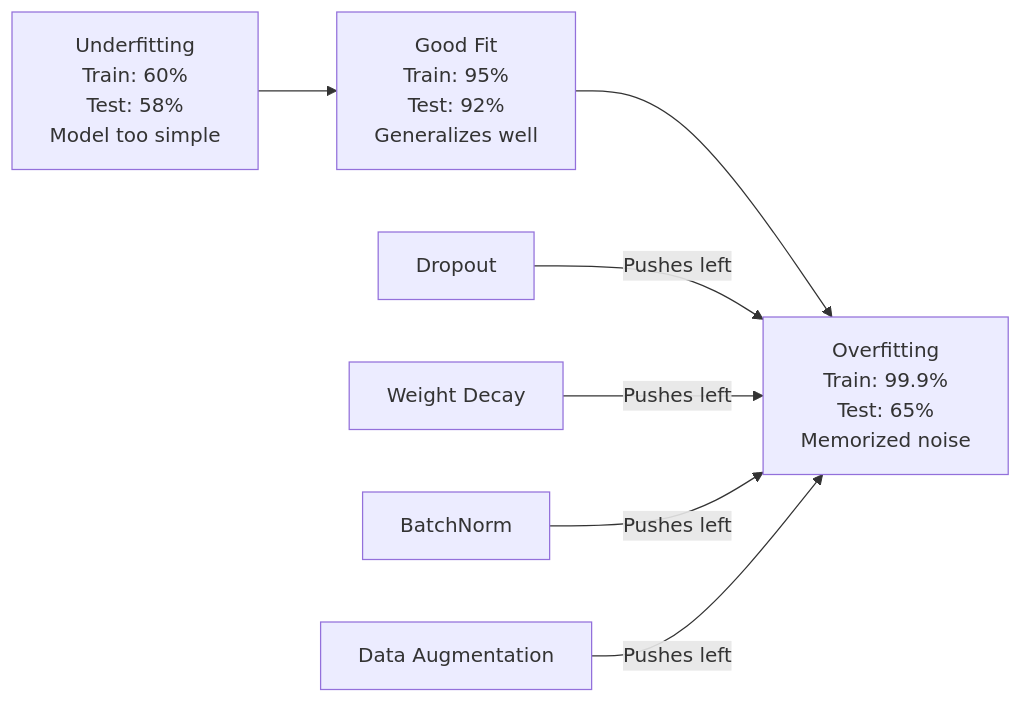
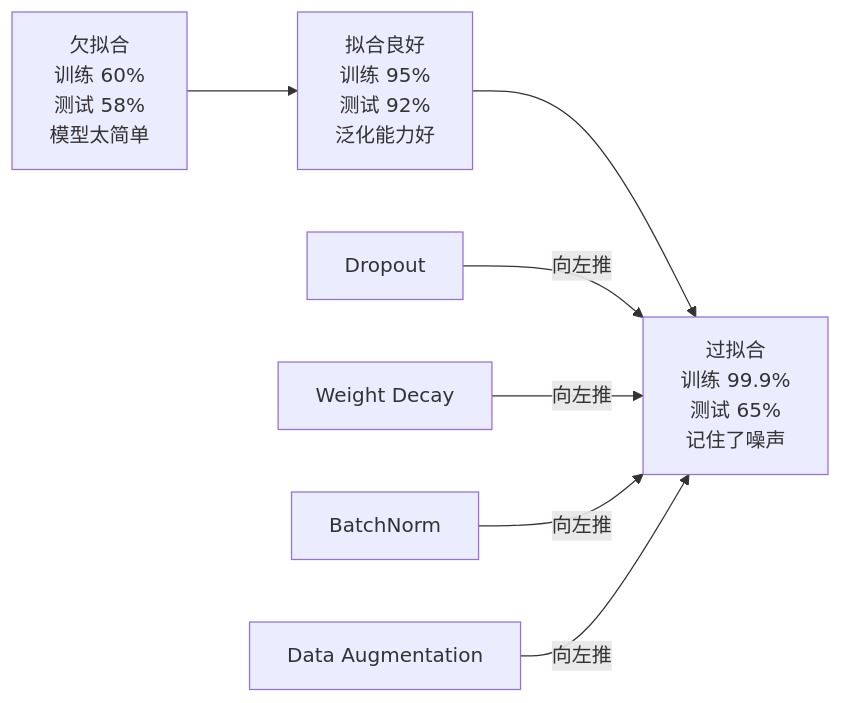
The first of 3 diagrams in phases/03-deep-learning-core/07-regularization/docs/zh.md (JerryC8080/ai-engineering-from-scratch-zh), drawn with Mermaid before and after one commit. The commit also changed other lines of this file and 156 other files, not shown here.

First line of the commit message:
i18n(zh): translate mermaid diagram labels in 157 lesson zh.md

````diff
--- a/phases/03-deep-learning-core/07-regularization/docs/zh.md
+++ b/phases/03-deep-learning-core/07-regularization/docs/zh.md
@@ -33,10 +33,10 @@
 ```mermaid
 graph LR
-    Under["Underfitting<br/>Train: 60%<br/>Test: 58%<br/>Model too simple"] --> Good["Good Fit<br/>Train: 95%<br/>Test: 92%<br/>Generalizes well"]
-    Good --> Over["Overfitting<br/>Train: 99.9%<br/>Test: 65%<br/>Memorized noise"]
+    Under["欠拟合<br/>训练 60%<br/>测试 58%<br/>模型太简单"] --> Good["拟合良好<br/>训练 95%<br/>测试 92%<br/>泛化能力好"]
+    Good --> Over["过拟合<br/>训练 99.9%<br/>测试 65%<br/>记住了噪声"]
 
-    Dropout["Dropout"] -->|"Pushes left"| Over
-    WD["Weight Decay"] -->|"Pushes left"| Over
-    BN["BatchNorm"] -->|"Pushes left"| Over
-    Aug["Data Augmentation"] -->|"Pushes left"| Over
+    Dropout["Dropout"] -->|"向左推"| Over
+    WD["Weight Decay"] -->|"向左推"| Over
+    BN["BatchNorm"] -->|"向左推"| Over
+    Aug["Data Augmentation"] -->|"向左推"| Over
 ```
````
